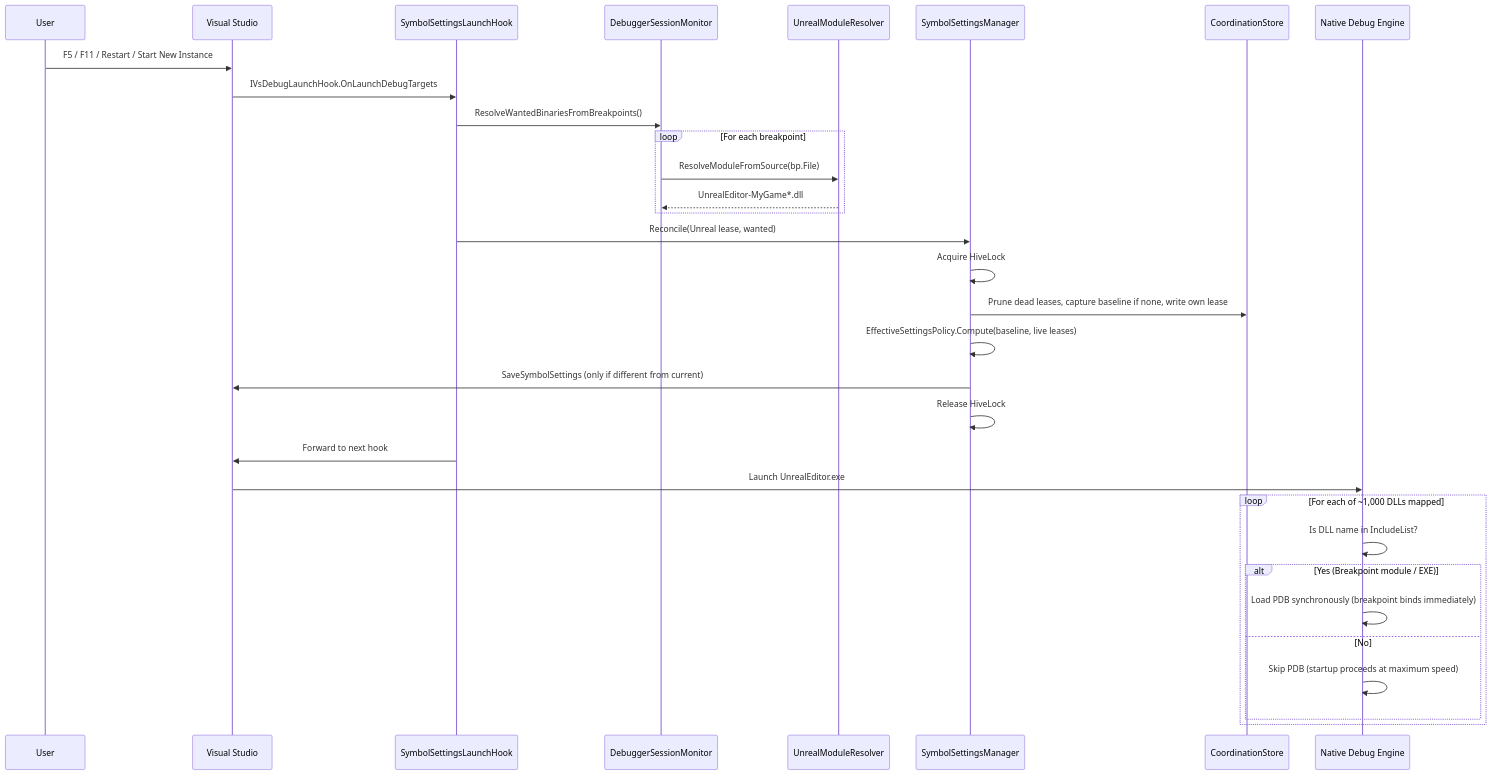
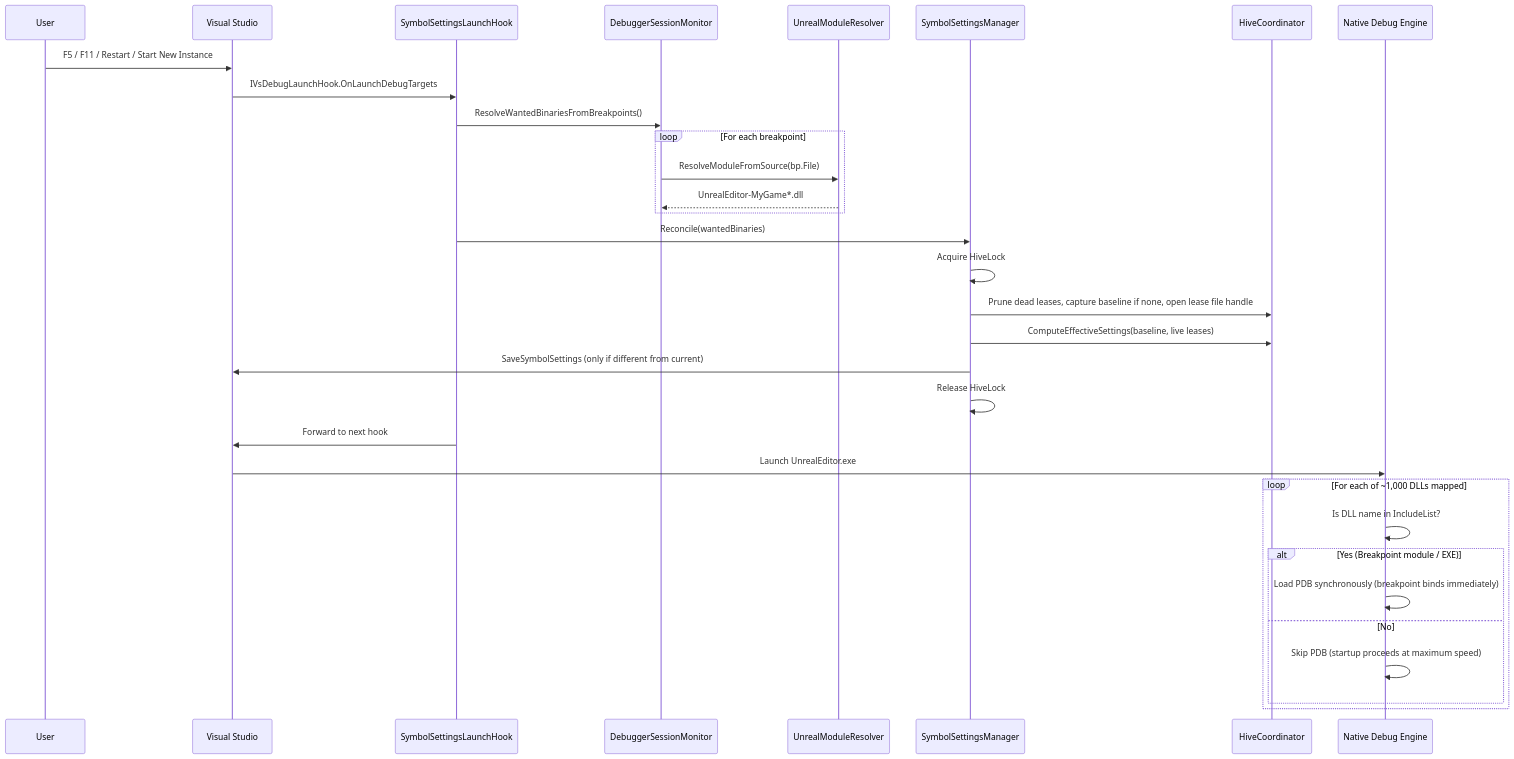
One commit to mattshepcar/VSOnDemandSymbols changed the second of 6 diagrams in docs/ARCHITECTURE.md. Above: the diagram before and after it, drawn with Mermaid. The commit also changed other lines of this file and 15 other files, not shown here.

Commit message:
refactor(core): simplify multi-instance coordination to Option A with kernel file-handle locks

````diff
--- a/docs/ARCHITECTURE.md
+++ b/docs/ARCHITECTURE.md
@@ -136,35 +132,35 @@
 ```mermaid
 sequenceDiagram
     participant User
     participant VS as Visual Studio
     participant Hook as SymbolSettingsLaunchHook
     participant DSM as DebuggerSessionMonitor
     participant UMR as UnrealModuleResolver
     participant SSM as SymbolSettingsManager
-    participant Store as CoordinationStore
+    participant Coord as HiveCoordinator
     participant Dbg as Native Debug Engine
 
     User->>VS: F5 / F11 / Restart / Start New Instance
     VS->>Hook: IVsDebugLaunchHook.OnLaunchDebugTargets
     Hook->>DSM: ResolveWantedBinariesFromBreakpoints()
     loop For each breakpoint
         DSM->>UMR: ResolveModuleFromSource(bp.File)
         UMR-->>DSM: UnrealEditor-MyGame*.dll
     end
-    Hook->>SSM: Reconcile(Unreal lease, wanted)
+    Hook->>SSM: Reconcile(wantedBinaries)
     SSM->>SSM: Acquire HiveLock
-    SSM->>Store: Prune dead leases, capture baseline if none, write own lease
-    SSM->>SSM: EffectiveSettingsPolicy.Compute(baseline, live leases)
+    SSM->>Coord: Prune dead leases, capture baseline if none, open lease file handle
+    SSM->>Coord: ComputeEffectiveSettings(baseline, live leases)
     SSM->>VS: SaveSymbolSettings (only if different from current)
     SSM->>SSM: Release HiveLock
     Hook->>VS: Forward to next hook
     VS->>Dbg: Launch UnrealEditor.exe
     loop For each of ~1,000 DLLs mapped
         Dbg->>Dbg: Is DLL name in IncludeList?
         alt Yes (Breakpoint module / EXE)
             Dbg->>Dbg: Load PDB synchronously (breakpoint binds immediately)
         else No
             Dbg->>Dbg: Skip PDB (startup proceeds at maximum speed)
         end
     end
 ```
````
